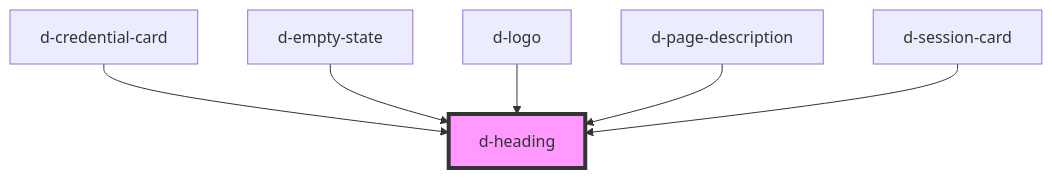
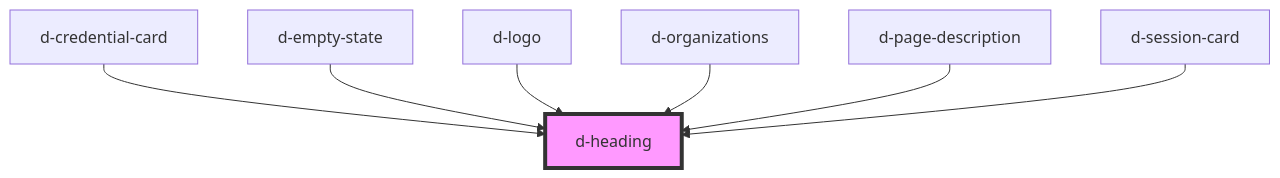
Before and after one commit to ForkbombEu/didroom-components: the diagram in src/components/heading/readme.md, drawn with Mermaid. The commit also changed other lines of this file and 10 other files, not shown here.

````diff
--- a/src/components/heading/readme.md
+++ b/src/components/heading/readme.md
@@ -27,9 +28,10 @@
 ```mermaid
 graph TD;
   d-credential-card --> d-heading
   d-empty-state --> d-heading
   d-logo --> d-heading
+  d-organizations --> d-heading
   d-page-description --> d-heading
   d-session-card --> d-heading
   style d-heading fill:#f9f,stroke:#333,stroke-width:4px
 ```
````
